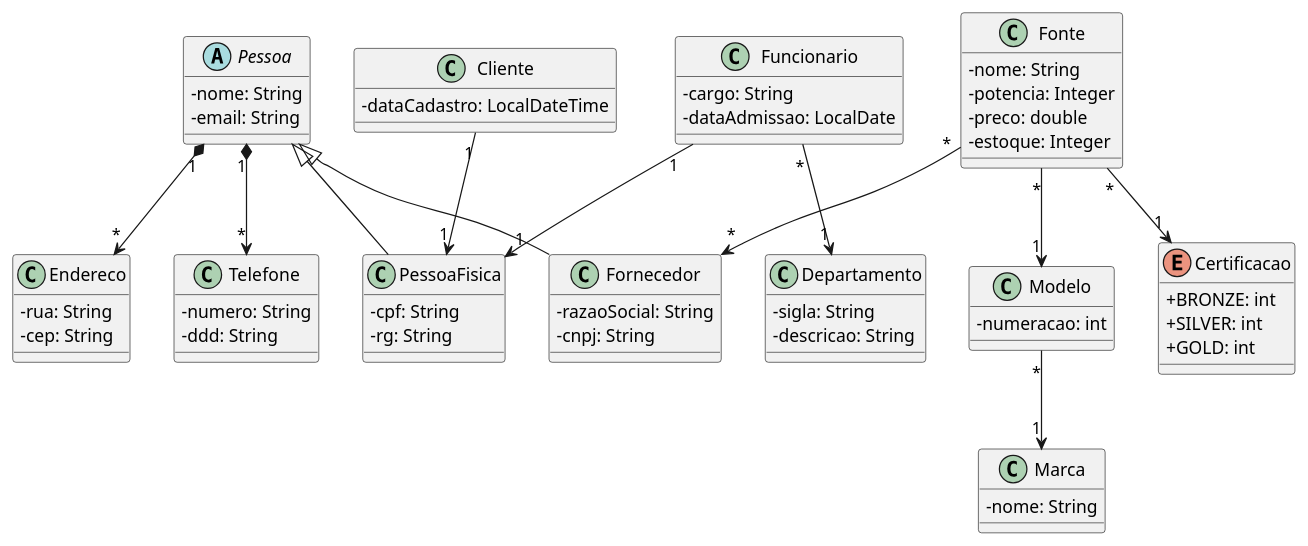
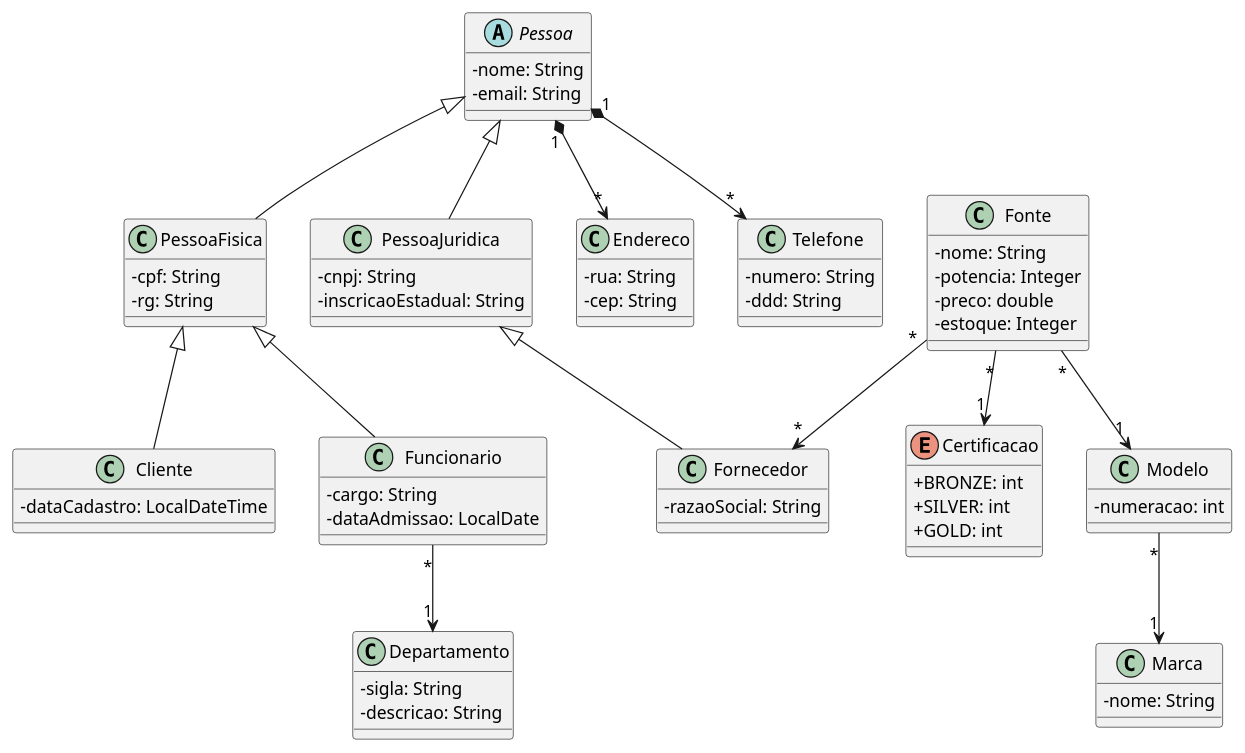
Before and after one commit to BielGG9/fontestp1: the diagram in src/main/resources/UML.puml, drawn with PlantUML. The commit also changed 14 other files, not shown here.

Commit message:
IMPLEMENTAÇÃO DE PESSOAFISICA E JURIDICA E UML MELHORADO

```diff
--- a/src/main/resources/UML.puml
+++ b/src/main/resources/UML.puml
@@ -1,70 +1,72 @@
 @startuml
 
 skinparam classAttributeIconSize 0
 
 
 class PessoaFisica extends Pessoa {
   -cpf: String
   -rg: String
 }
 
+class PessoaJuridica extends Pessoa {
+  -cnpj: String
+  -inscricaoEstadual: String
+}
+
 abstract class Pessoa {
   -nome: String
   -email: String
 }
 
-class Cliente {
+class Cliente extends PessoaFisica{
   -dataCadastro: LocalDateTime
 }
 class Endereco {
   -rua: String
   -cep: String
 }
 class Telefone {
   -numero: String
   -ddd: String
 }
 
 Class Departamento {
   -sigla: String
   -descricao: String
 }
-class Funcionario  {
+class Funcionario extends PessoaFisica {
   -cargo: String
   -dataAdmissao: LocalDate
 }
-class Fornecedor extends Pessoa {
+class Fornecedor extends PessoaJuridica {
   -razaoSocial: String
-  -cnpj: String
 }
 class Fonte {
   -nome: String
   -potencia: Integer
   -preco: double
   -estoque: Integer
 }
 class Marca {
   -nome: String
 }
 enum Certificacao {
   + BRONZE: int
   + SILVER: int
   + GOLD: int 
 }
 class Modelo {
   -numeracao: int
   
   }
 
 Pessoa "1" *--> "*" Endereco
 Pessoa "1" *--> "*" Telefone
-Cliente "1" --> "1" PessoaFisica
 Funcionario "*" --> "1" Departamento
-Funcionario "1" --> "1" PessoaFisica
 Fonte "*" --> "1" Modelo
 Fonte "*" --> "1" Certificacao
 Fonte "*" --> "*" Fornecedor
 Modelo "*" --> "1" Marca
 
 
 @enduml
```
